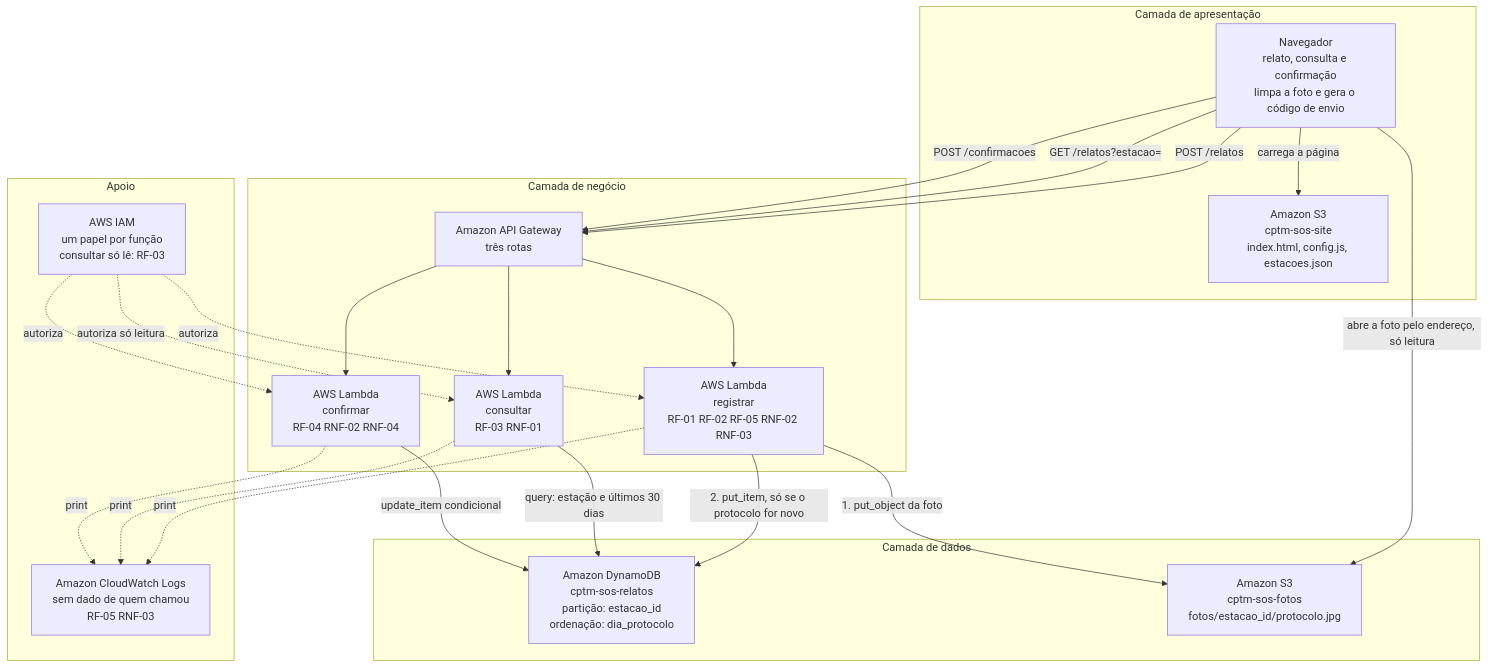
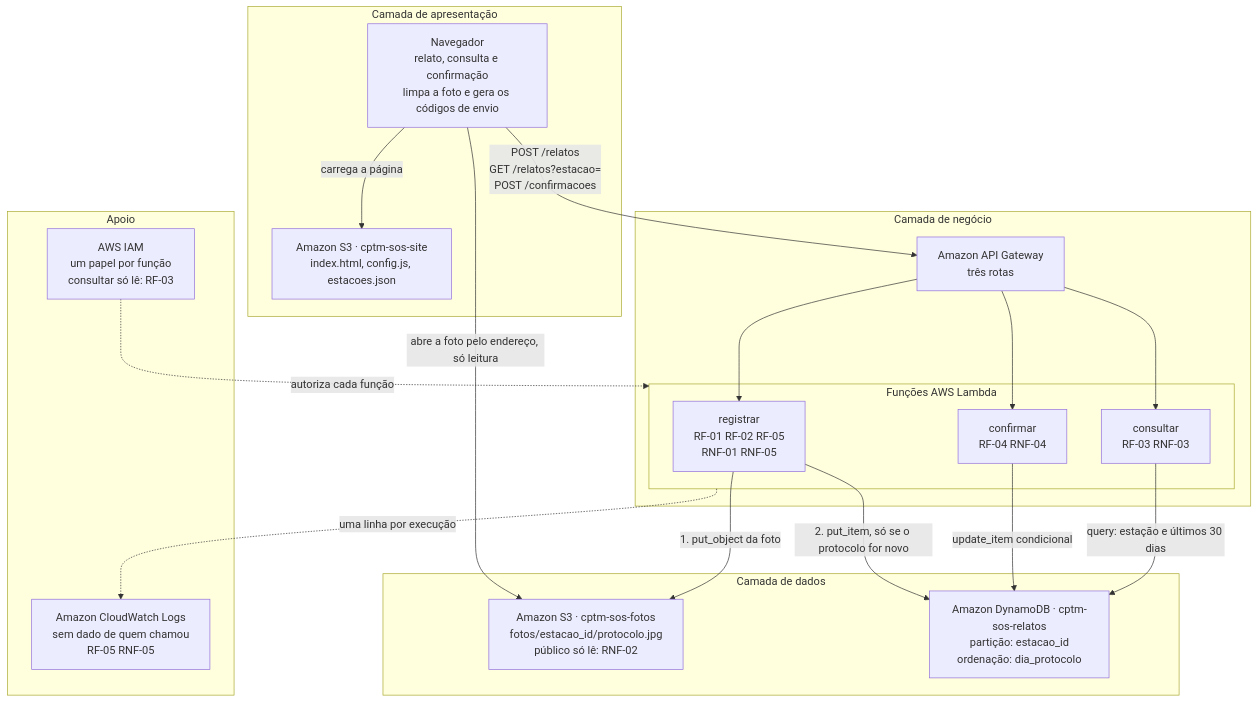
Before and after one commit to dantas6773/cptm-sos-nuvem: the diagram in docs/diagrama.md, drawn with Mermaid. The commit also changed other lines of this file and 2 other files, not shown here.

Commit message:
docs: cinco requisitos não funcionais, um para cada RF da Sprint 1
Orientação da professora em 15/10: os RNFs da Sprint 2 partem dos cinco
requisitos funcionais da Sprint 1. O anonimato no registro e nas fotos e
o limite de confirmações passam a decisões da seção 9. O diagrama ganha
os novos rótulos, tema claro e menos setas cruzadas.

````diff
--- a/docs/diagrama.md
+++ b/docs/diagrama.md
@@ -7,47 +7,43 @@
 ```mermaid
+%%{init: {"theme": "default"}}%%
 flowchart TB
     subgraph apresentacao["Camada de apresentação"]
-        nav["Navegador<br/>relato, consulta e confirmação<br/>limpa a foto e gera o código de envio"]
-        site["Amazon S3<br/>cptm-sos-site<br/>index.html, config.js, estacoes.json"]
+        nav["Navegador<br/>relato, consulta e confirmação<br/>limpa a foto e gera os códigos de envio"]
+        site["Amazon S3 · cptm-sos-site<br/>index.html, config.js, estacoes.json"]
     end
 
     subgraph negocio["Camada de negócio"]
         api["Amazon API Gateway<br/>três rotas"]
-        registrar["AWS Lambda<br/>registrar<br/>RF-01 RF-02 RF-05 RNF-02 RNF-03"]
-        consultar["AWS Lambda<br/>consultar<br/>RF-03 RNF-01"]
-        confirmar["AWS Lambda<br/>confirmar<br/>RF-04 RNF-02 RNF-04"]
+        subgraph funcoes["Funções AWS Lambda"]
+            registrar["registrar<br/>RF-01 RF-02 RF-05<br/>RNF-01 RNF-05"]
+            confirmar["confirmar<br/>RF-04 RNF-04"]
+            consultar["consultar<br/>RF-03 RNF-03"]
+        end
     end
 
     subgraph dados["Camada de dados"]
-        tabela["Amazon DynamoDB<br/>cptm-sos-relatos<br/>partição: estacao_id<br/>ordenação: dia_protocolo"]
-        fotos["Amazon S3<br/>cptm-sos-fotos<br/>fotos/estacao_id/protocolo.jpg"]
+        fotos["Amazon S3 · cptm-sos-fotos<br/>fotos/estacao_id/protocolo.jpg<br/>público só lê: RNF-02"]
+        tabela["Amazon DynamoDB · cptm-sos-relatos<br/>partição: estacao_id<br/>ordenação: dia_protocolo"]
     end
 
     subgraph apoio["Apoio"]
         iam["AWS IAM<br/>um papel por função<br/>consultar só lê: RF-03"]
-        logs["Amazon CloudWatch Logs<br/>sem dado de quem chamou<br/>RF-05 RNF-03"]
+        logs["Amazon CloudWatch Logs<br/>sem dado de quem chamou<br/>RF-05 RNF-05"]
     end
 
     nav -->|"carrega a página"| site
-    nav -->|"POST /relatos"| api
-    nav -->|"GET /relatos?estacao="| api
-    nav -->|"POST /confirmacoes"| api
+    nav -->|"POST /relatos<br/>GET /relatos?estacao=<br/>POST /confirmacoes"| api
     nav -->|"abre a foto pelo endereço, só leitura"| fotos
 
     api --> registrar
+    api --> confirmar
     api --> consultar
-    api --> confirmar
 
     registrar -->|"1. put_object da foto"| fotos
     registrar -->|"2. put_item, só se o protocolo for novo"| tabela
+    confirmar -->|"update_item condicional"| tabela
     consultar -->|"query: estação e últimos 30 dias"| tabela
-    confirmar -->|"update_item condicional"| tabela
 
-    iam -.->|"autoriza"| registrar
-    iam -.->|"autoriza só leitura"| consultar
-    iam -.->|"autoriza"| confirmar
-
-    registrar -.->|"print"| logs
-    consultar -.->|"print"| logs
-    confirmar -.->|"print"| logs
+    iam -.->|"autoriza cada função"| funcoes
+    funcoes -.->|"uma linha por execução"| logs
 ```
````
